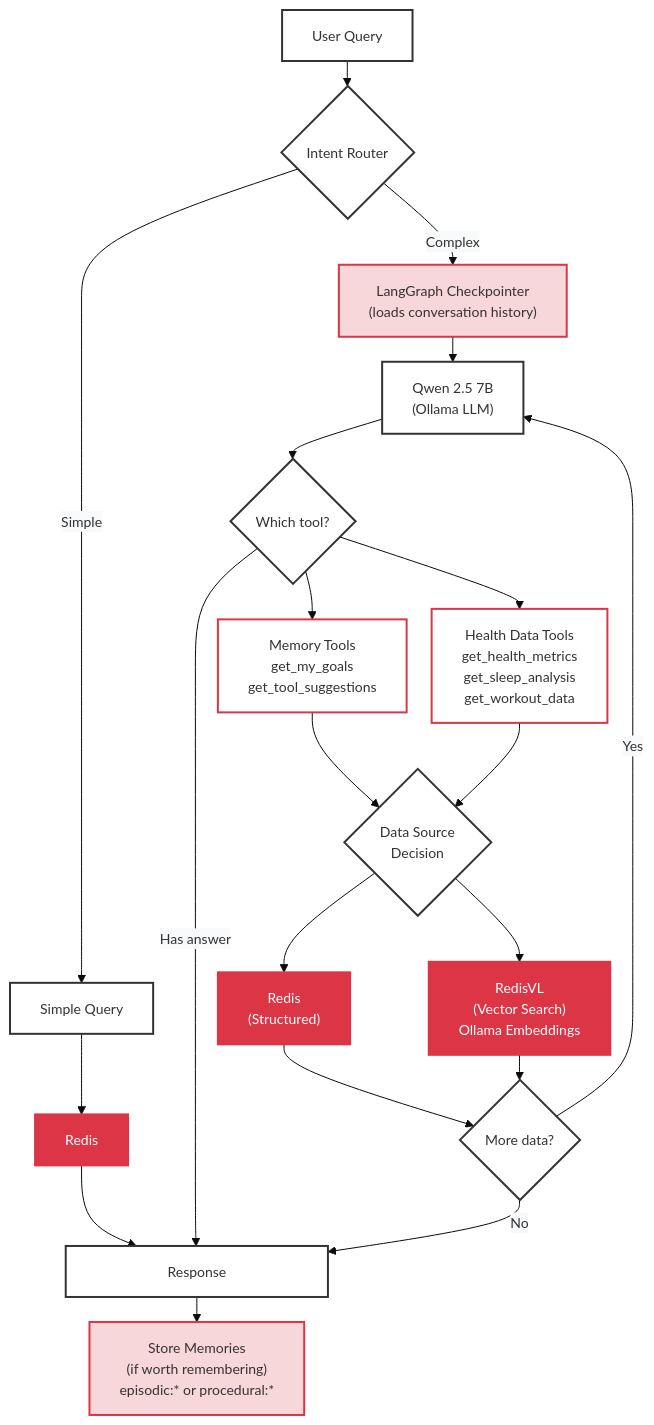
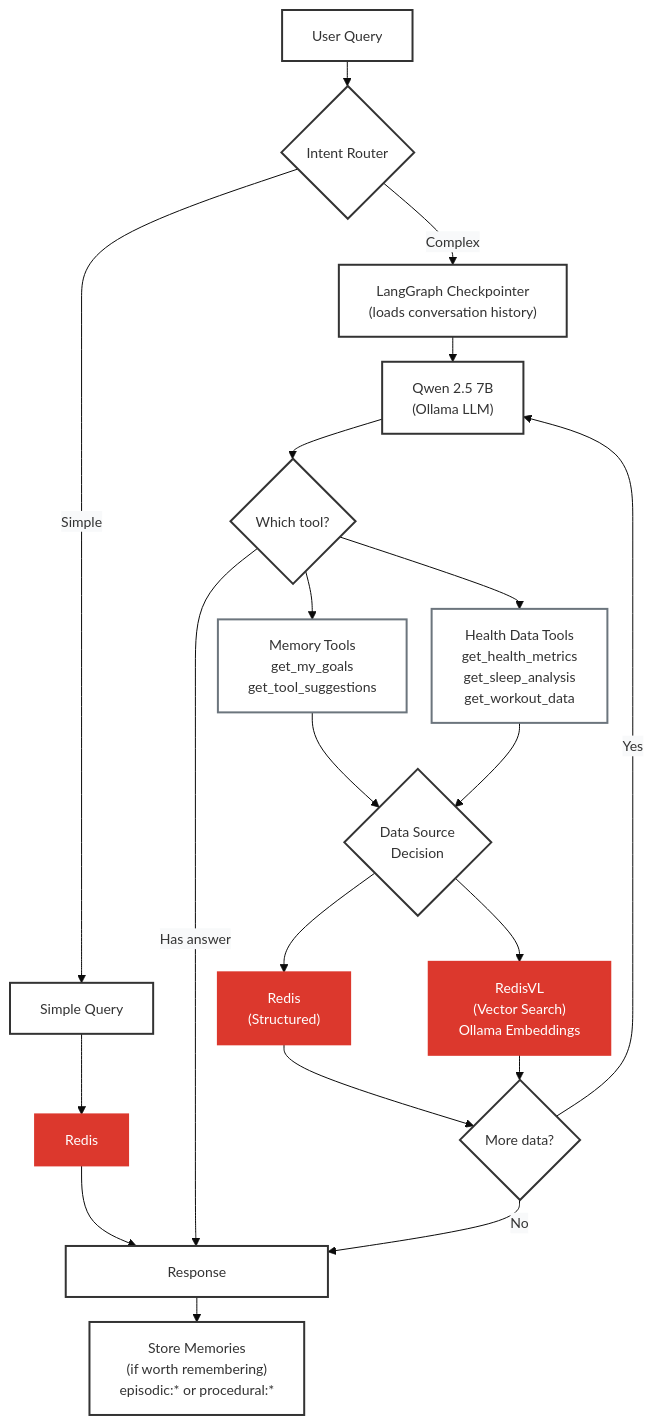
One commit to AllieRays/redis-wellness changed the second of 2 diagrams in docs/04_STATEFUL_AGENT.md. Above: the diagram before and after it, drawn with Mermaid. The commit also changed other lines of this file and 1 other file, not shown here.

````diff
--- a/docs/04_STATEFUL_AGENT.md
+++ b/docs/04_STATEFUL_AGENT.md
@@ -80,53 +77,53 @@
 ```mermaid
 %%{init: {'theme':'base', 'themeVariables': { 'fontSize':'14px', 'edgeLabelBackground':'#f8f9fa'}, 'flowchart': {'nodeSpacing': 25, 'rankSpacing': 25}}}%%
 flowchart TB
     Query["User Query"]
     Router{"Intent Router"}
     GoalOp["Simple Query<br/>"]
     GoalRedis["Redis<br/>"]
     Memory["LangGraph Checkpointer<br/>(loads conversation history)"]
     LLM["Qwen 2.5 7B<br/>(Ollama LLM)"]
     Decision{"Which tool?"}
     MemoryTools["Memory Tools<br/>get_my_goals<br/>get_tool_suggestions"]
     HealthTools["Health Data Tools<br/>get_health_metrics<br/>get_sleep_analysis<br/>get_workout_data"]
     DataSource{"Data Source<br/>Decision"}
     RedisStructured["Redis<br/>(Structured)"]
     RedisVector["RedisVL<br/>(Vector Search)<br/>Ollama Embeddings"]
     Loop{"More data?"}
     Store["Store Memories<br/>(if worth remembering)<br/>episodic:* or procedural:*"]
     Response["&nbsp;&nbsp;&nbsp;&nbsp;&nbsp;&nbsp;&nbsp;&nbsp;&nbsp;&nbsp;&nbsp;&nbsp;&nbsp;&nbsp;&nbsp;&nbsp;&nbsp;&nbsp;&nbsp;&nbsp;Response&nbsp;&nbsp;&nbsp;&nbsp;&nbsp;&nbsp;&nbsp;&nbsp;&nbsp;&nbsp;&nbsp;&nbsp;&nbsp;&nbsp;&nbsp;&nbsp;&nbsp;&nbsp;&nbsp;&nbsp;"]
     Query --> Router
     Router -->|"Simple"| GoalOp
     Router -->|"Complex"| Memory
     GoalOp --> GoalRedis
     GoalRedis --> Response
     Memory --> LLM
     LLM --> Decision
     Decision --> MemoryTools
     Decision --> HealthTools
     Decision -->|"Has answer"| Response
     MemoryTools --> DataSource
     HealthTools --> DataSource
     DataSource --> RedisStructured
     DataSource --> RedisVector
     RedisStructured --> Loop
     RedisVector --> Loop
     Loop -->|Yes| LLM
     Loop -->|No| Response
     Response --> Store
     style Query fill:#fff,stroke:#333,stroke-width:2px
     style Router fill:#fff,stroke:#333,stroke-width:2px
     style GoalOp fill:#fff,stroke:#333,stroke-width:2px
-    style GoalRedis fill:#dc3545,stroke:#dc3545,stroke-width:2px,color:#fff
-    style Memory fill:#f8d7da,stroke:#dc3545,stroke-width:2px
+    style GoalRedis fill:#dc382d,stroke:#dc382d,stroke-width:2px,color:#fff
+    style Memory fill:#fff,stroke:#333,stroke-width:2px
     style LLM fill:#fff,stroke:#333,stroke-width:2px
     style Decision fill:#fff,stroke:#333,stroke-width:2px
-    style MemoryTools fill:#fff,stroke:#dc3545,stroke-width:2px
-    style HealthTools fill:#fff,stroke:#dc3545,stroke-width:2px
+    style MemoryTools fill:#fff,stroke:#6c757d,stroke-width:2px
+    style HealthTools fill:#fff,stroke:#6c757d,stroke-width:2px
     style DataSource fill:#fff,stroke:#333,stroke-width:2px
-    style RedisStructured fill:#dc3545,stroke:#dc3545,stroke-width:2px,color:#fff
-    style RedisVector fill:#dc3545,stroke:#dc3545,stroke-width:2px,color:#fff
+    style RedisStructured fill:#dc382d,stroke:#dc382d,stroke-width:2px,color:#fff
+    style RedisVector fill:#dc382d,stroke:#dc382d,stroke-width:2px,color:#fff
     style Loop fill:#fff,stroke:#333,stroke-width:2px
-    style Store fill:#f8d7da,stroke:#dc3545,stroke-width:2px
+    style Store fill:#fff,stroke:#333,stroke-width:2px
     style Response fill:#fff,stroke:#333,stroke-width:2px,min-width:500px
 ```
````
